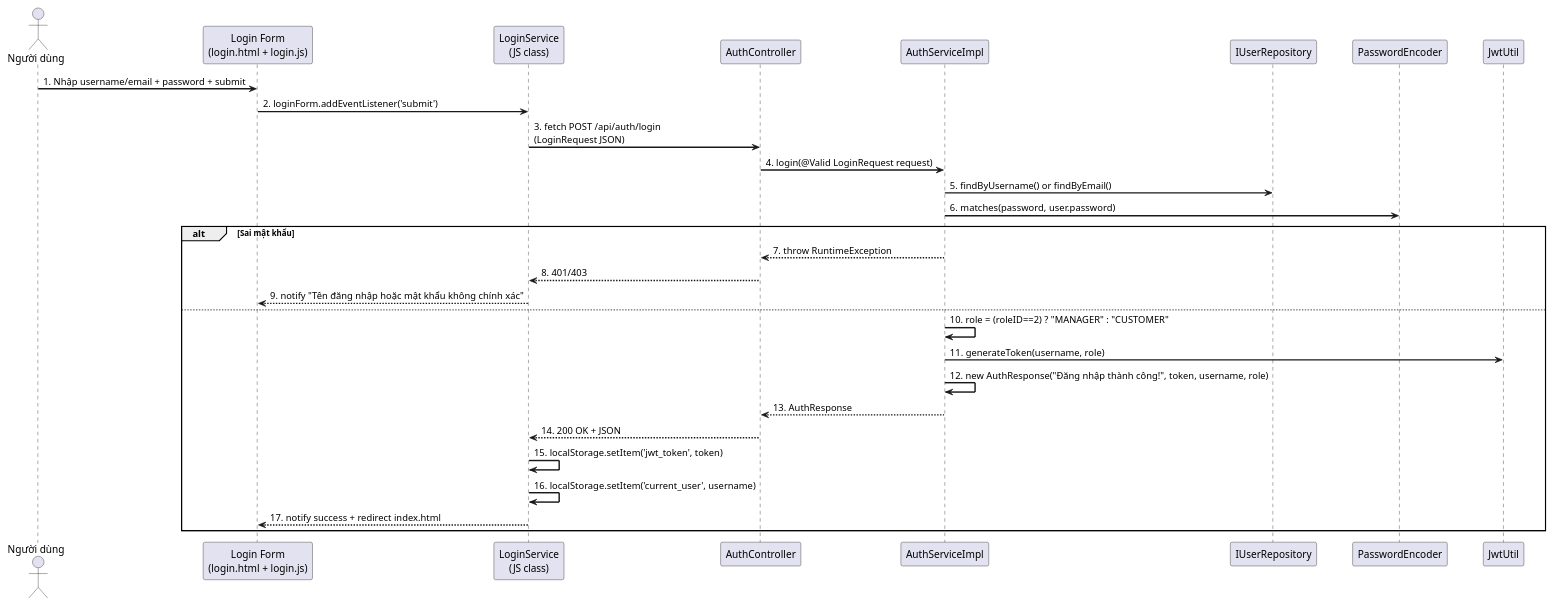
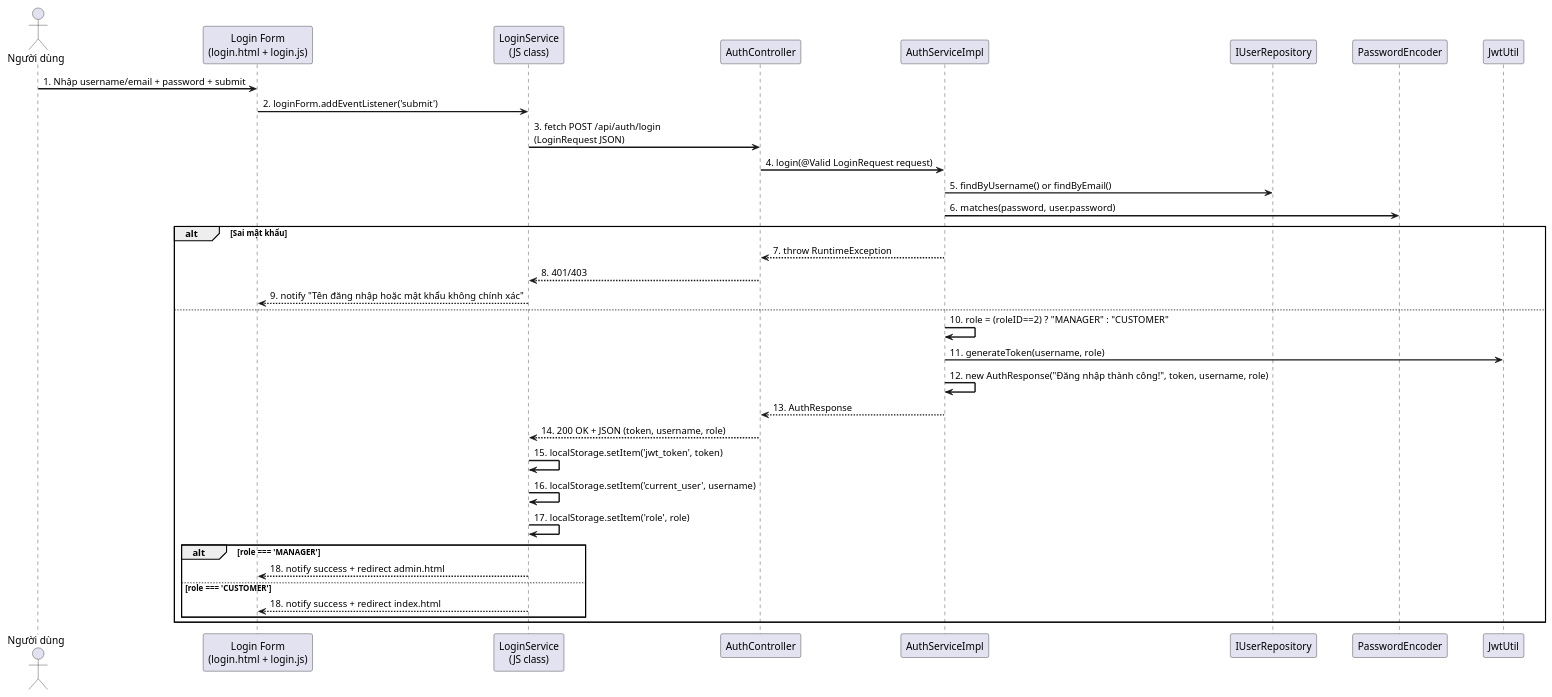
The diagram in src/main/java/org/example/project_cuoiky_congnghephanmem_oose/uml/sequence_uc3.puml (Khoa18062005/Project_CuoiKy_OOSE_FIT_HCMUTE), drawn with PlantUML before and after one commit. The commit also changed 1 other file, not shown here.

Commit message:
change sequence and activity uc3

```diff
--- a/src/main/java/org/example/project_cuoiky_congnghephanmem_oose/uml/sequence_uc3.puml
+++ b/src/main/java/org/example/project_cuoiky_congnghephanmem_oose/uml/sequence_uc3.puml
@@ -1,34 +1,39 @@
 @startuml
 skinparam sequenceArrowThickness 2
 skinparam ParticipantPadding 20
 
 actor "Người dùng" as User
 participant "Login Form\n(login.html + login.js)" as Frontend
 participant "LoginService\n(JS class)" as JSService
 participant "AuthController" as Controller
 participant "AuthServiceImpl" as Service
 participant "IUserRepository" as UserRepo
 participant "PasswordEncoder" as Encoder
 participant "JwtUtil" as Jwt
 
 User -> Frontend: 1. Nhập username/email + password + submit
 Frontend -> JSService: 2. loginForm.addEventListener('submit')
 JSService -> Controller: 3. fetch POST /api/auth/login\n(LoginRequest JSON)
 Controller -> Service: 4. login(@Valid LoginRequest request)
 Service -> UserRepo: 5. findByUsername() or findByEmail()
 Service -> Encoder: 6. matches(password, user.password)
 alt Sai mật khẩu
     Service --> Controller: 7. throw RuntimeException
     Controller --> JSService: 8. 401/403
     JSService --> Frontend: 9. notify "Tên đăng nhập hoặc mật khẩu không chính xác"
 else
     Service -> Service: 10. role = (roleID==2) ? "MANAGER" : "CUSTOMER"
     Service -> Jwt: 11. generateToken(username, role)
     Service -> Service: 12. new AuthResponse("Đăng nhập thành công!", token, username, role)
     Service --> Controller: 13. AuthResponse
-    Controller --> JSService: 14. 200 OK + JSON
+    Controller --> JSService: 14. 200 OK + JSON (token, username, role)
     JSService -> JSService: 15. localStorage.setItem('jwt_token', token)
     JSService -> JSService: 16. localStorage.setItem('current_user', username)
-    JSService --> Frontend: 17. notify success + redirect index.html
+    JSService -> JSService: 17. localStorage.setItem('role', role)
+    alt role === 'MANAGER'
+        JSService --> Frontend: 18. notify success + redirect admin.html
+    else role === 'CUSTOMER'
+        JSService --> Frontend: 18. notify success + redirect index.html
+    end
 end
 @enduml
```
